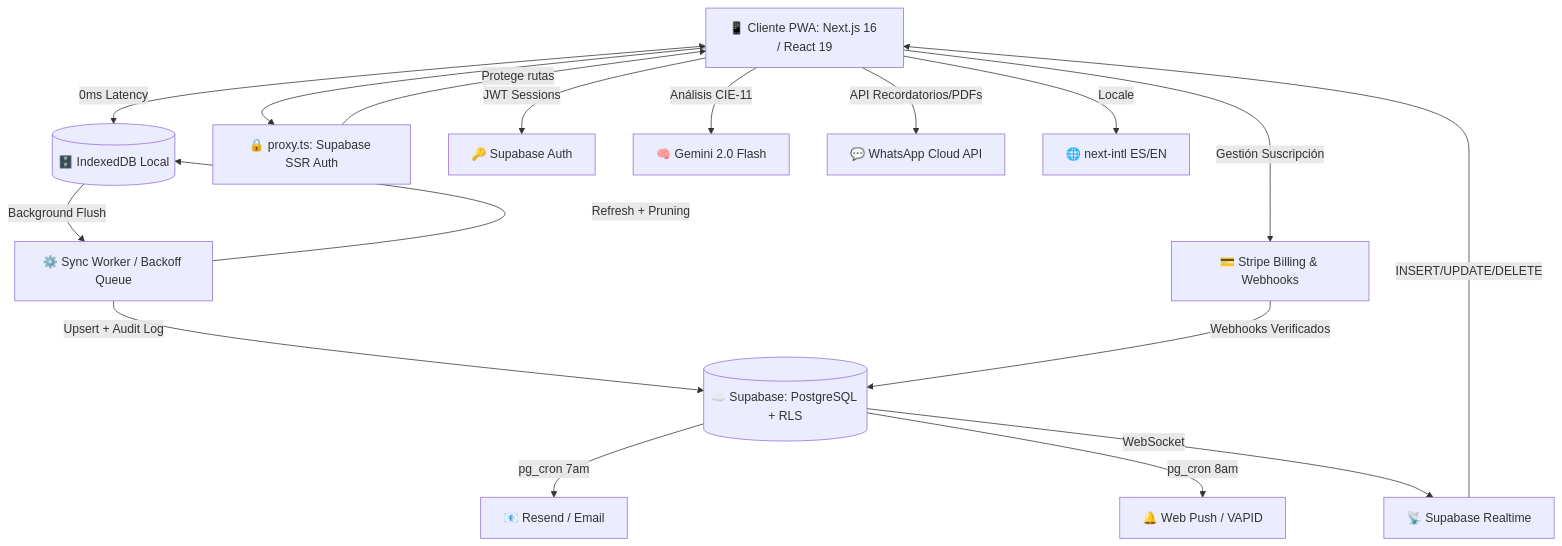
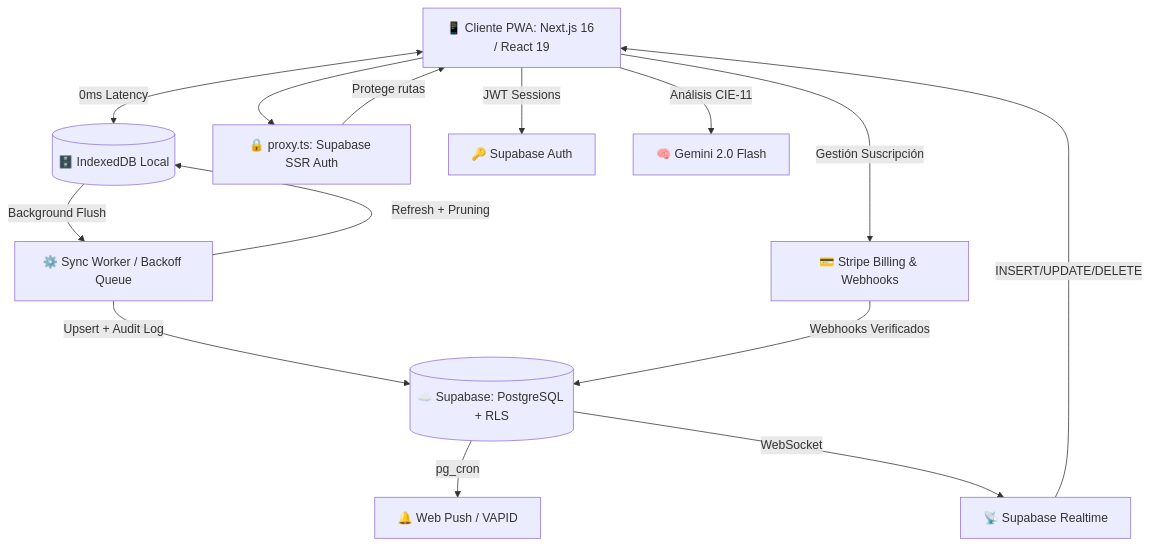
One commit to khryazid/HCE changed the diagram in README.md. Above: the diagram before and after it, drawn with Mermaid. The commit also changed other lines of this file, not shown here.

````diff
--- a/README.md
+++ b/README.md
@@ -195,33 +34,27 @@
 ```mermaid
 graph TD
     Client[📱 Cliente PWA: Next.js 16 / React 19]
     IDB[(🗄️ IndexedDB Local)]
     PROXY[🔒 proxy.ts: Supabase SSR Auth]
     SW[⚙️ Sync Worker / Backoff Queue]
     SupabaseDB[(☁️ Supabase: PostgreSQL + RLS)]
     Auth[🔑 Supabase Auth]
     AI[🧠 Gemini 2.0 Flash]
     Stripe[💳 Stripe Billing & Webhooks]
     Push[🔔 Web Push / VAPID]
-    Email[📧 Resend / Email]
-    WhatsApp[💬 WhatsApp Cloud API]
     RT[📡 Supabase Realtime]
-    i18n[🌐 next-intl ES/EN]
 
     Client --> PROXY
     PROXY -->|Protege rutas| Client
     Client <-->|0ms Latency| IDB
     IDB -->|Background Flush| SW
     SW -->|Upsert + Audit Log| SupabaseDB
     SW -->|Refresh + Pruning| IDB
     Client -->|JWT Sessions| Auth
     Client -->|Análisis CIE-11| AI
     Client -->|Gestión Suscripción| Stripe
-    Client -->|Locale| i18n
     Stripe -->|Webhooks Verificados| SupabaseDB
-    SupabaseDB -->|pg_cron 7am| Email
-    SupabaseDB -->|pg_cron 8am| Push
-    Client -->|API Recordatorios/PDFs| WhatsApp
+    SupabaseDB -->|pg_cron| Push
     SupabaseDB -->|WebSocket| RT
     RT -->|INSERT/UPDATE/DELETE| Client
 ```
````
